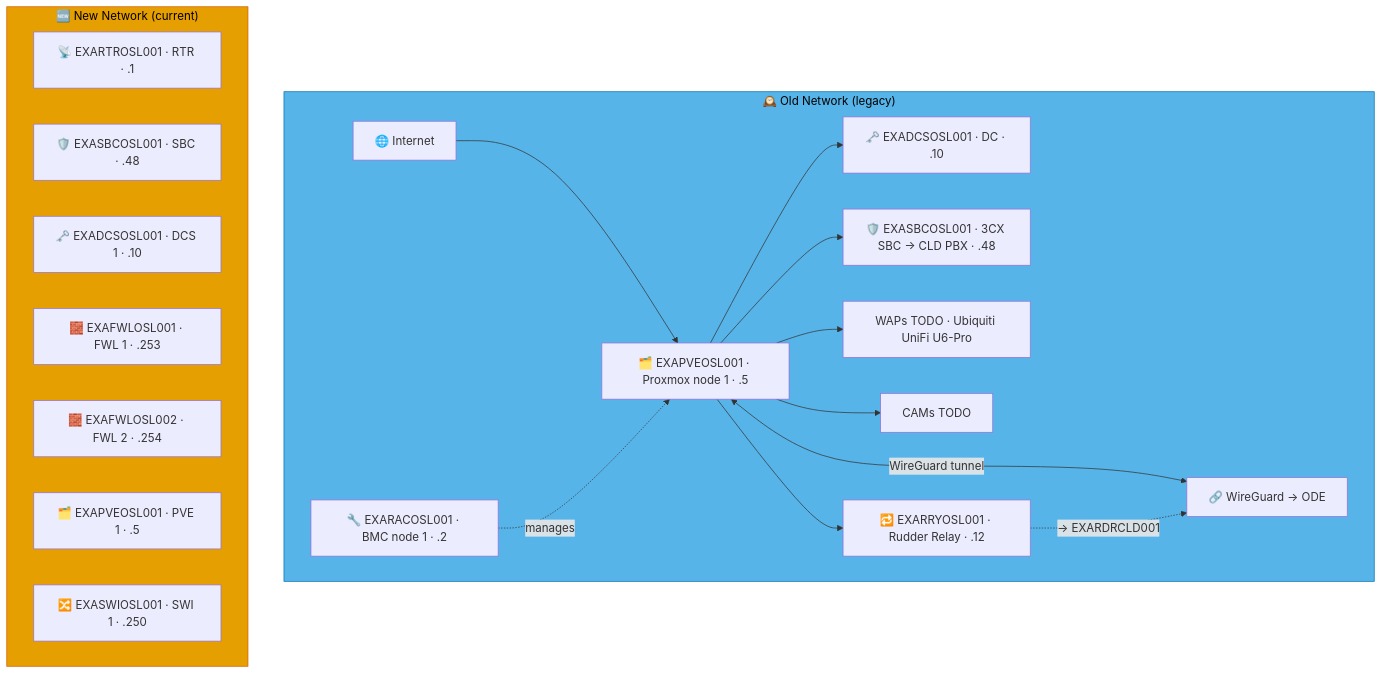
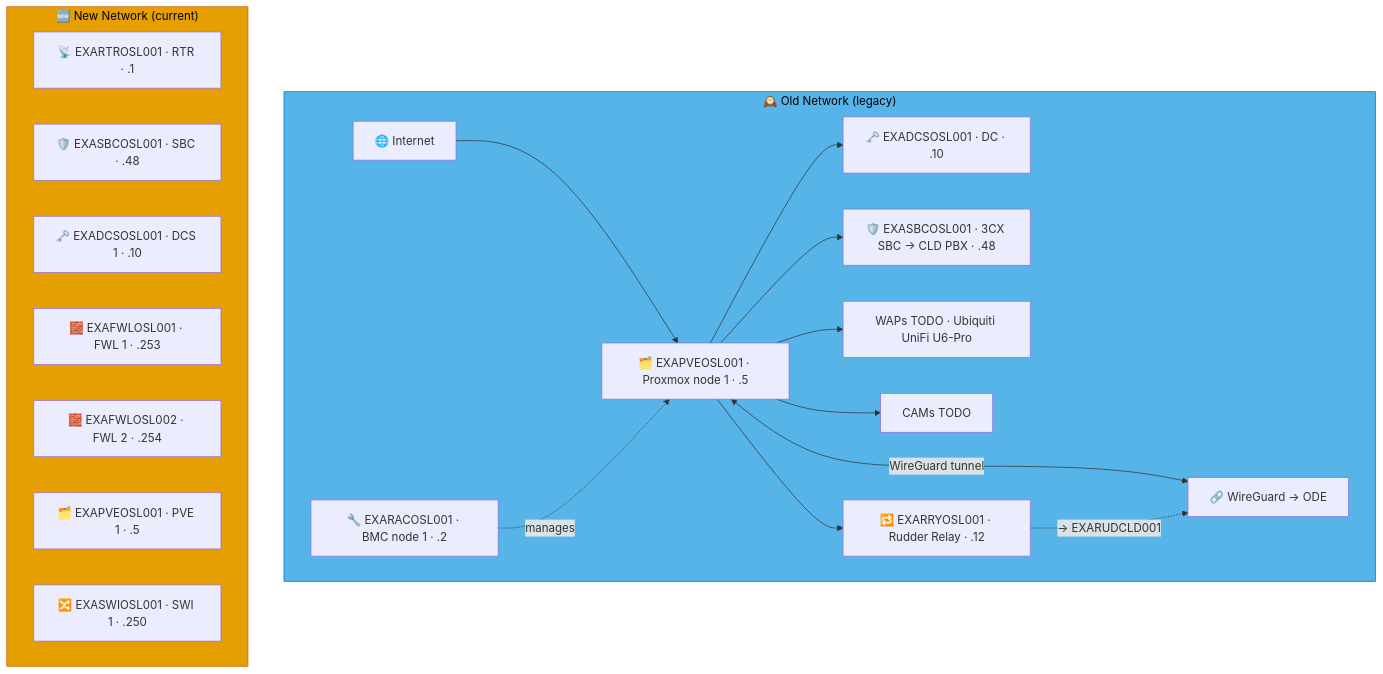
The diagram in docs/network-diagram/norge.md (knightmare2600/example_music_infra), drawn with Mermaid before and after one commit. The commit also changed 131 other files, not shown here.

````diff
--- a/docs/network-diagram/norge.md
+++ b/docs/network-diagram/norge.md
@@ -16,35 +16,35 @@
 ```mermaid
 graph TD
     subgraph OLD_OSL ["🕰️ Old Network (legacy)"]
       INET["🌐 Internet"]
       RAC["🔧 EXARACOSL001 · BMC node 1 · .2"]
       PVE["🗂️ EXAPVEOSL001 · Proxmox node 1 · .5"]
       DC["🗝️ EXADCSOSL001 · DC · .10"]
       SBC["🛡️ EXASBCOSL001 · 3CX SBC → CLD PBX · .48"]
       RRY["🔁 EXARRYOSL001 · Rudder Relay · .12"]
       WAP["WAPs TODO · Ubiquiti UniFi U6-Pro"]
       CAM["CAMs TODO"]
       VPN["🔗 WireGuard → ODE"]
 
       INET --> PVE --> DC & SBC
       RAC -.->|"manages"| PVE
       PVE --> WAP & CAM
       PVE <-->|"WireGuard tunnel"| VPN
 
       PVE --> RRY
-      RRY -. "→ EXARDRCLD001" .-> VPN
+      RRY -. "→ EXARUDCLD001" .-> VPN
     end
     style OLD_OSL fill:#56B4E9,stroke:#0072B2,color:#000000
     %% GENERATED:NEW-NETWORK:OSL:START
     subgraph NEW_OSL ["🆕 New Network (current)"]
       N_RTR["📡 EXARTROSL001 · RTR · .1"]
       N_SBC["🛡️ EXASBCOSL001 · SBC · .48"]
       N_DCS["🗝️ EXADCSOSL001 · DCS 1 · .10"]
       N_FWL["🧱 EXAFWLOSL001 · FWL 1 · .253"]
       N_FWL2["🧱 EXAFWLOSL002 · FWL 2 · .254"]
       N_PVE["🗂️ EXAPVEOSL001 · PVE 1 · .5"]
       N_SWI["🔀 EXASWIOSL001 · SWI 1 · .250"]
     end
     style NEW_OSL fill:#E69F00,stroke:#D55E00,color:#000000
     %% GENERATED:NEW-NETWORK:OSL:END
 ```
````
